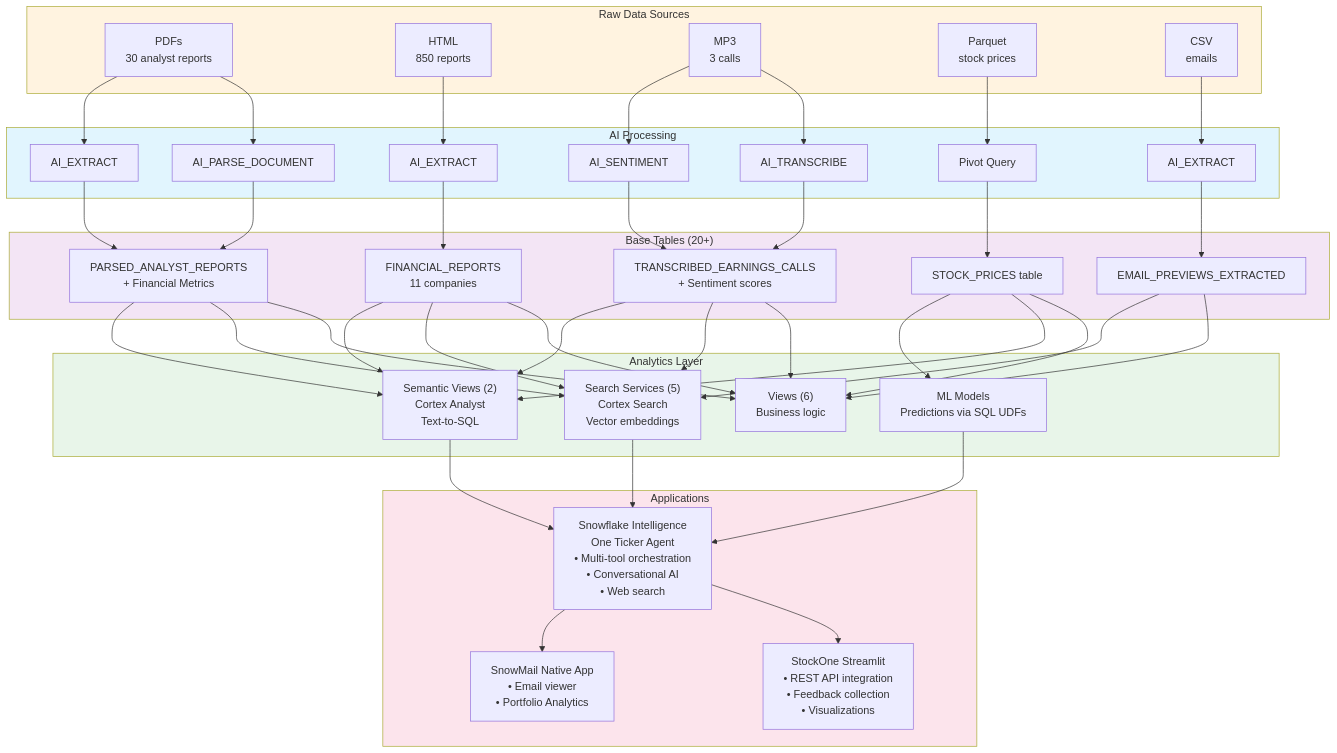
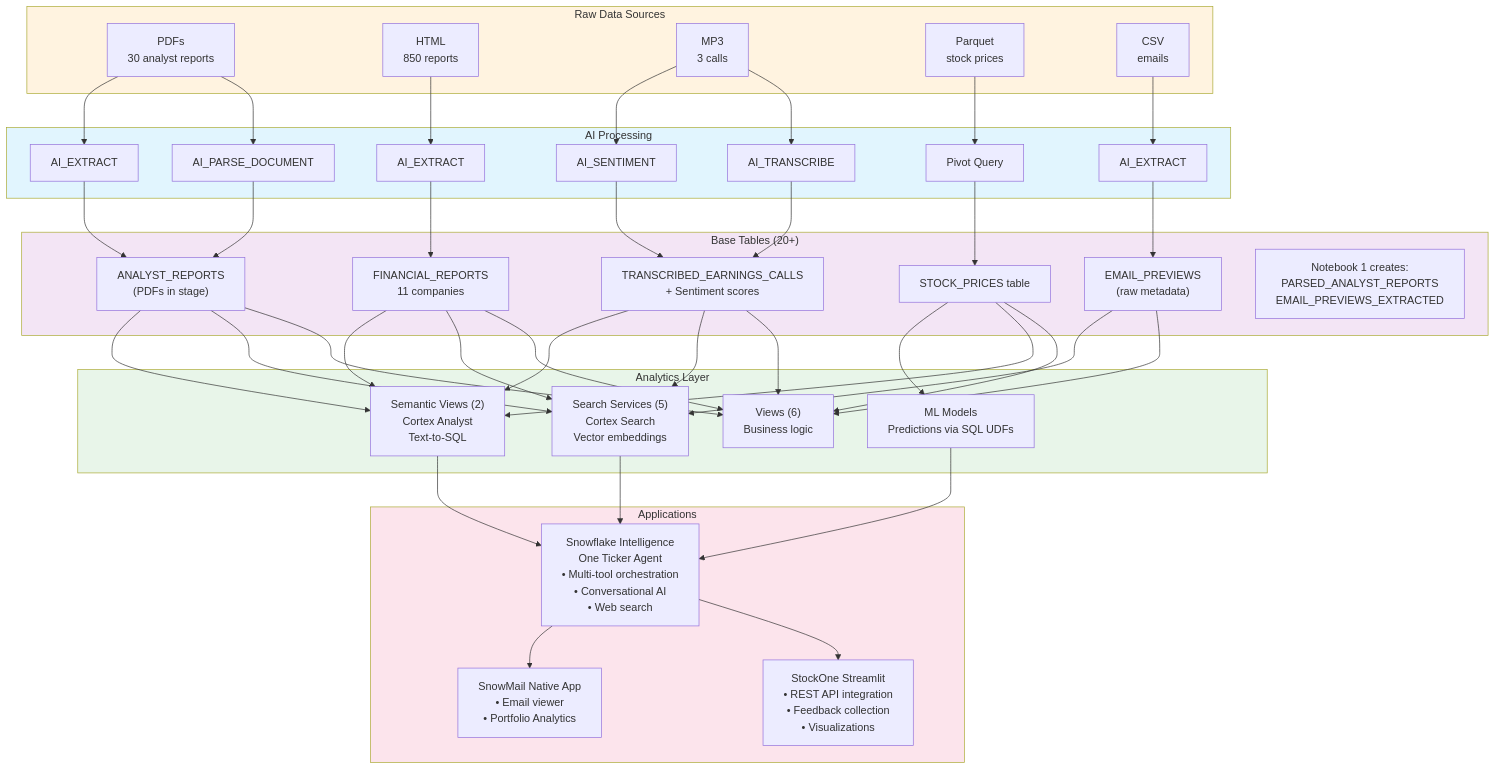
One commit to sfc-gh-boconnor/Build-an-AI-Assistant-for-FSI-with-AISQL-and-Snowflake-Intelligence changed the second of 4 diagrams in quickstart.md. Above: the diagram before and after it, drawn with Mermaid. The commit also changed other lines of this file, not shown here.

First line of the commit message:
Fix verification section - remove references to notebook-generated tables

````diff
--- a/quickstart.md
+++ b/quickstart.md
@@ -2099,80 +2108,81 @@
 ```mermaid
 graph TD
     subgraph Sources["Raw Data Sources"]
         PDF["PDFs<br/>30 analyst reports"]
         HTML["HTML<br/>850 reports"]
         MP3["MP3<br/>3 calls"]
         PARQ["Parquet<br/>stock prices"]
         CSV["CSV<br/>emails"]
     end
     
     subgraph Processing["AI Processing"]
         PARSE["AI_PARSE_DOCUMENT"]
         EXTRACT1["AI_EXTRACT"]
         EXTRACT2["AI_EXTRACT"]
         TRANSCRIBE["AI_TRANSCRIBE"]
         SENTIMENT["AI_SENTIMENT"]
         PIVOT["Pivot Query"]
         EXTRACT3["AI_EXTRACT"]
     end
     
     subgraph Tables["Base Tables (20+)"]
-        REPORTS["PARSED_ANALYST_REPORTS<br/>+ Financial Metrics"]
+        REPORTS["ANALYST_REPORTS<br/>(PDFs in stage)"]
         FIN["FINANCIAL_REPORTS<br/>11 companies"]
         TRANS["TRANSCRIBED_EARNINGS_CALLS<br/>+ Sentiment scores"]
         STOCK["STOCK_PRICES table"]
-        EMAIL["EMAIL_PREVIEWS_EXTRACTED"]
+        EMAIL["EMAIL_PREVIEWS<br/>(raw metadata)"]
+        NB1["Notebook 1 creates:<br/>PARSED_ANALYST_REPORTS<br/>EMAIL_PREVIEWS_EXTRACTED"]
     end
     
     subgraph Analytics["Analytics Layer"]
         VIEWS["Views (6)<br/>Business logic"]
         SEARCH["Search Services (5)<br/>Cortex Search<br/>Vector embeddings"]
         SEMANTIC["Semantic Views (2)<br/>Cortex Analyst<br/>Text-to-SQL"]
         MLMOD["ML Models<br/>Predictions via SQL UDFs"]
     end
     
     subgraph Apps["Applications"]
         INTEL["Snowflake Intelligence<br/>One Ticker Agent<br/>• Multi-tool orchestration<br/>• Conversational AI<br/>• Web search"]
         STLIT["StockOne Streamlit<br/>• REST API integration<br/>• Feedback collection<br/>• Visualizations"]
         MAIL["SnowMail Native App<br/>• Email viewer<br/>• Portfolio Analytics"]
     end
     
     PDF --> PARSE --> REPORTS
     PDF --> EXTRACT1 --> REPORTS
     HTML --> EXTRACT2 --> FIN
     MP3 --> TRANSCRIBE --> TRANS
     MP3 --> SENTIMENT --> TRANS
     PARQ --> PIVOT --> STOCK
     CSV --> EXTRACT3 --> EMAIL
     
     REPORTS --> VIEWS
     FIN --> VIEWS
     TRANS --> VIEWS
     STOCK --> VIEWS
     EMAIL --> VIEWS
     
     REPORTS --> SEARCH
     FIN --> SEARCH
     TRANS --> SEARCH
     EMAIL --> SEARCH
     
     REPORTS --> SEMANTIC
     FIN --> SEMANTIC
     TRANS --> SEMANTIC
     STOCK --> SEMANTIC
     
     STOCK --> MLMOD
     
     SEARCH --> INTEL
     SEMANTIC --> INTEL
     MLMOD --> INTEL
     
     INTEL --> STLIT
     INTEL --> MAIL
     
     style Sources fill:#fff3e0
     style Processing fill:#e1f5fe
     style Tables fill:#f3e5f5
     style Analytics fill:#e8f5e9
     style Apps fill:#fce4ec
 ```
````
